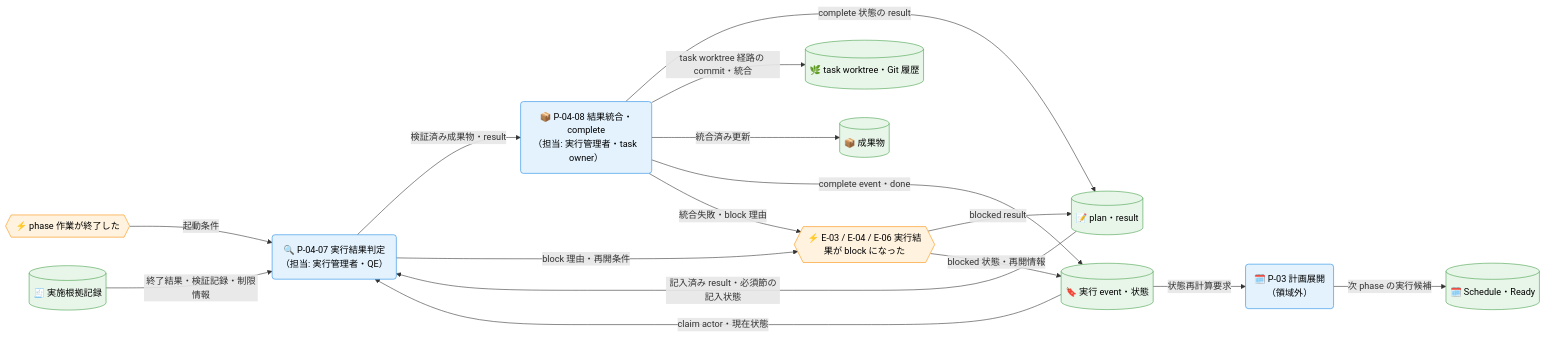
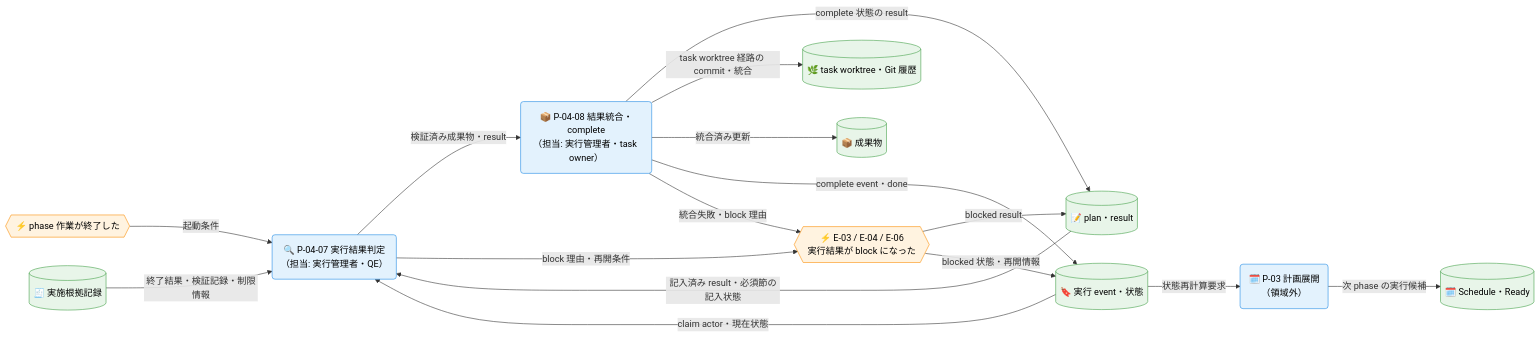
Before and after one commit to specdojo/specdojo: the fourth of 4 diagrams in docs/ja/product/010-business-specs/010-data-flow/cdfd-task-execution.md, drawn with Mermaid. The commit also changed other lines of this file, not shown here.

````diff
--- a/docs/ja/product/010-business-specs/010-data-flow/cdfd-task-execution.md
+++ b/docs/ja/product/010-business-specs/010-data-flow/cdfd-task-execution.md
@@ -208,43 +208,43 @@
 ```mermaid
 flowchart LR
   classDef process fill:#e3f2fd,stroke:#1e88e5,color:#000
   classDef event fill:#fff3e0,stroke:#fb8c00,color:#000
   classDef store fill:#e8f5e9,stroke:#43a047,color:#000
   classDef actor fill:#f5f7fa,stroke:#607d8b,color:#000
 
   phase終了{{"⚡ phase 作業が終了した"}}
-  実行異常{{"⚡ E-03 / E-04 / E-06 実行結果が block になった"}}
+  実行異常{{"⚡ E-03 / E-04 / E-06<br>実行結果が block になった"}}
 
   実行結果判定("🔍 P-04-07 実行結果判定<br>（担当: 実行管理者・QE）")
   結果統合complete("📦 P-04-08 結果統合・complete<br>（担当: 実行管理者・task owner）")
 
   計画展開先("🗓️ P-03 計画展開<br>（領域外）")
 
   ScheduleReady[("🗓️ Schedule・Ready")]
   成果物[("📦 成果物")]
   planResult[("📝 plan・result")]
   実施根拠記録[("🧾 実施根拠記録")]
   実行event[("🔖 実行 event・状態")]
   taskWorktree[("🌿 task worktree・Git 履歴")]
 
   phase終了 -->|"起動条件"| 実行結果判定
   planResult -->|"記入済み result・必須節の記入状態"| 実行結果判定
   実施根拠記録 -->|"終了結果・検証記録・制限情報"| 実行結果判定
   実行event -->|"claim actor・現在状態"| 実行結果判定
   実行結果判定 -->|"検証済み成果物・result"| 結果統合complete
   実行結果判定 -->|"block 理由・再開条件"| 実行異常
   実行異常 -->|"blocked result"| planResult
   実行異常 -->|"blocked 状態・再開情報"| 実行event
 
   結果統合complete -->|"complete 状態の result"| planResult
   結果統合complete -->|"task worktree 経路の commit・統合"| taskWorktree
   結果統合complete -->|"統合済み更新"| 成果物
   結果統合complete -->|"complete event・done"| 実行event
   結果統合complete -->|"統合失敗・block 理由"| 実行異常
   実行event -->|"状態再計算要求"| 計画展開先
   計画展開先 -->|"次 phase の実行候補"| ScheduleReady
 
   class 実行結果判定,結果統合complete,計画展開先 process
   class phase終了,実行異常 event
   class ScheduleReady,成果物,planResult,実施根拠記録,実行event,taskWorktree store
 ```
````
